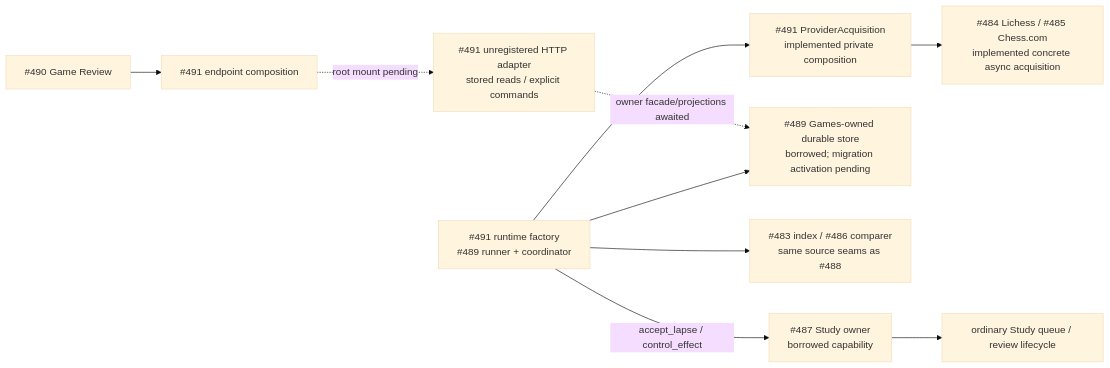
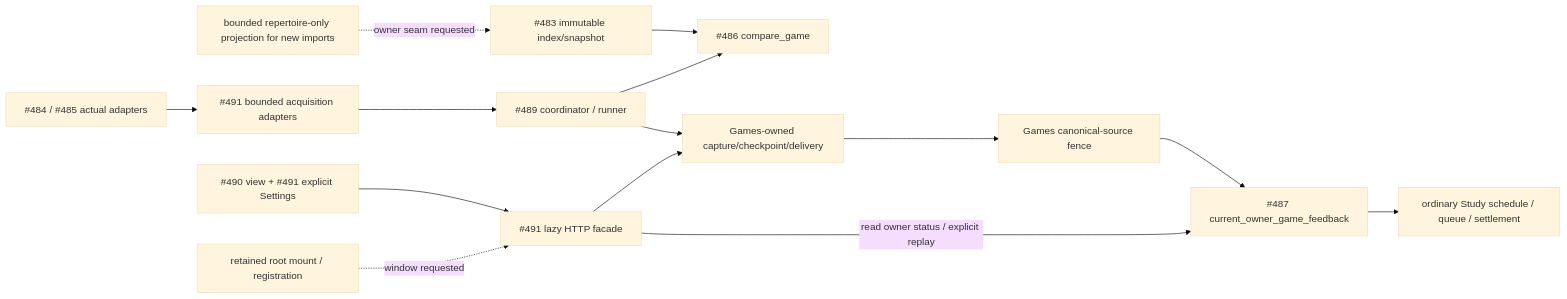
Before and after one commit to aaweaver-actuary/tempo: the diagram in docs/product-v02/game-sync/README.md, drawn with Mermaid (base theme). The commit also changed other lines of this file and 17 other files, not shown here.

Commit message:
feat(games): persist review commands and isolate optional sync worker

````diff
--- a/docs/product-v02/game-sync/README.md
+++ b/docs/product-v02/game-sync/README.md
@@ -75,13 +82,16 @@
 ```mermaid
 flowchart LR
-  Async["#484 Lichess / #485 Chess.com\nimplemented concrete async acquisition"]
-  Bridge["#491 ProviderAcquisition\nimplemented private composition"] --> Async
-  Worker["#491 runtime factory\n#489 runner + coordinator"] --> Bridge
-  Worker --> Games["#489 Games-owned durable store\nborrowed; migration activation pending"]
-  Worker --> Compare["#483 index / #486 comparer\nsame source seams as #488"]
-  Worker -->|"accept_lapse / control_effect"| Study["#487 Study owner\nborrowed capability"]
-  UI["#490 Game Review"] --> Client["#491 endpoint composition"]
-  Client -. "root mount pending" .-> HTTP["#491 unregistered HTTP adapter\nstored reads / explicit commands"]
-  HTTP -. "owner facade/projections awaited" .-> Games
-  Study --> Queue["ordinary Study queue / review lifecycle"]
+  Providers["#484 / #485 actual adapters"] --> Bridge["#491 bounded acquisition adapters"]
+  Bridge --> Workflow["#489 coordinator / runner"]
+  Snapshot["#483 immutable index/snapshot"] --> Compare["#486 compare_game"]
+  Workflow --> Compare
+  Workflow --> Games["Games-owned capture/checkpoint/delivery"]
+  Games --> Fence["Games canonical-source fence"]
+  Fence --> Receiver["#487 current_owner_game_feedback"]
+  Receiver --> Study["ordinary Study schedule / queue / settlement"]
+  UI["#490 view + #491 explicit Settings"] --> HTTP["#491 lazy HTTP facade"]
+  HTTP --> Games
+  HTTP -->|"read owner status / explicit replay"| Receiver
+  Root["retained root mount / registration"] -. "window requested" .-> HTTP
+  Generic["bounded repertoire-only projection for new imports"] -. "owner seam requested" .-> Snapshot
 ```
````
